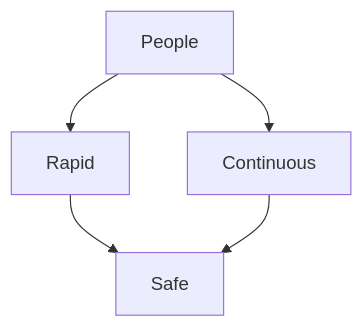
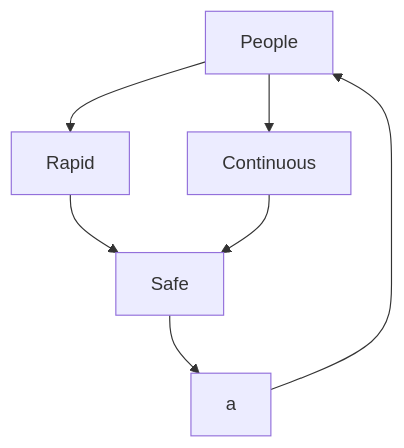
One commit to infchg/infchg.github.io changed the diagram in QI/readme.md. Above: the diagram before and after it, drawn with Mermaid. The commit also changed other lines of this file, not shown here.

````diff
--- a/QI/readme.md
+++ b/QI/readme.md
@@ -75,7 +75,9 @@
 ```mermaid
 graph TD;
     People-->Continuous;
     People-->Rapid;
      Rapid-->Safe;
    Continuous-->Safe;
+   Safe-->a;
+   a-->People;
 ```
````
